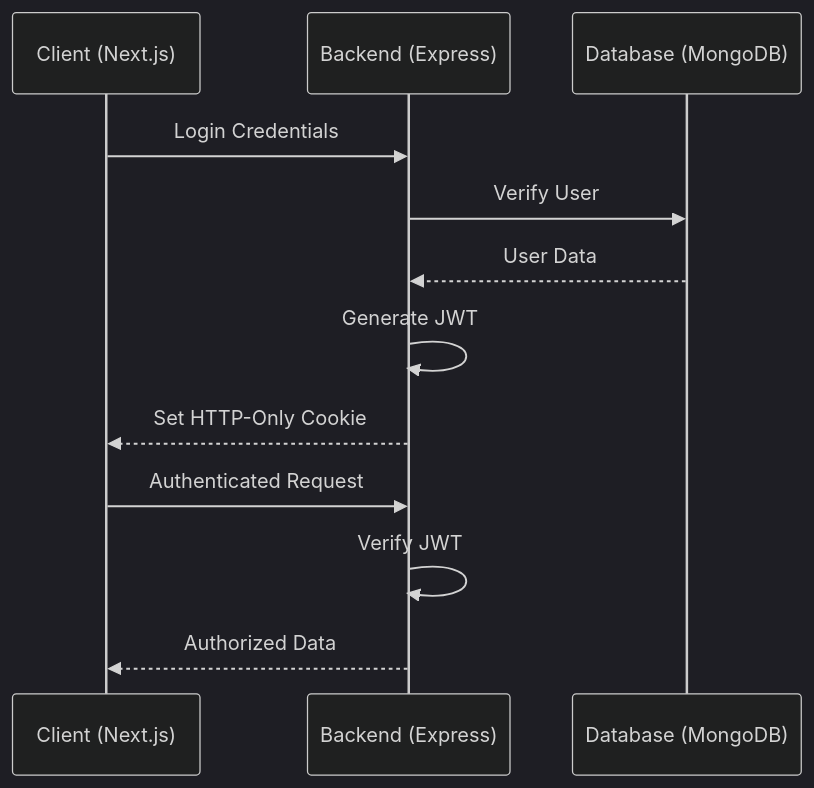
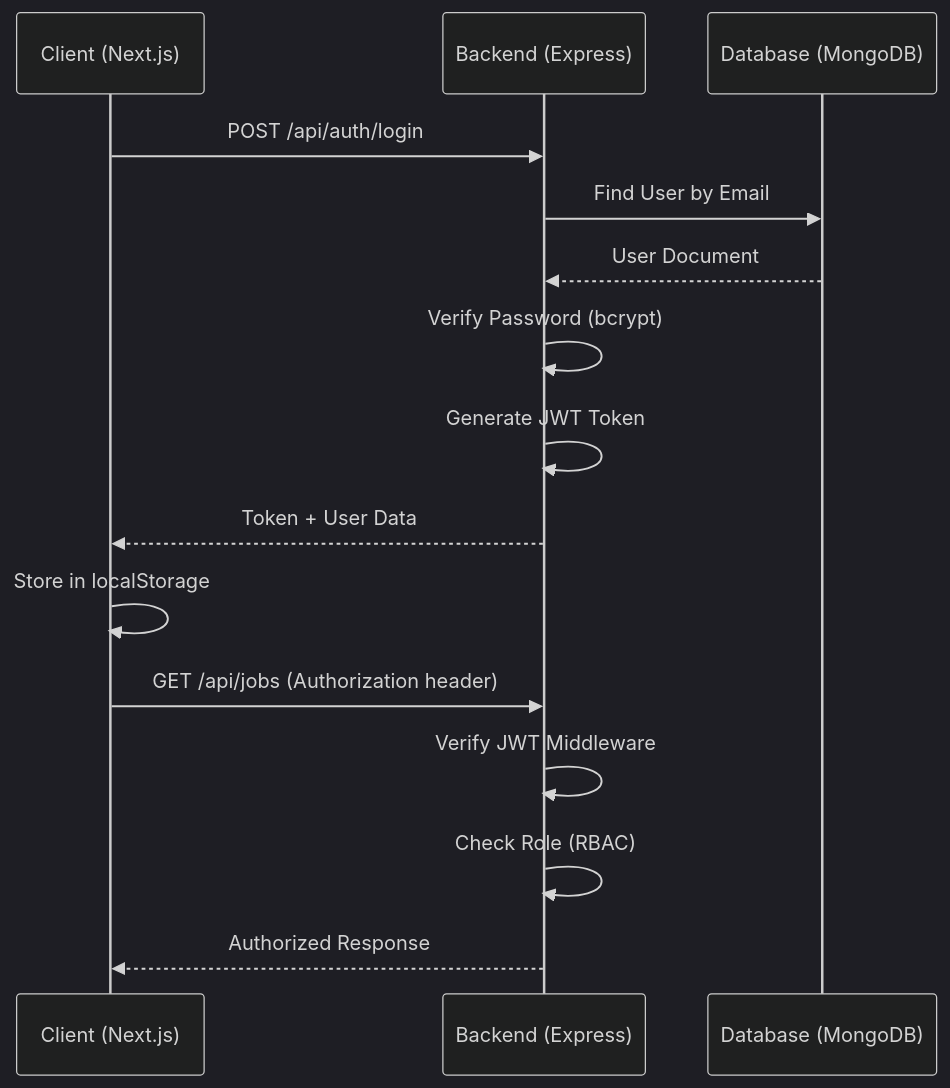
Before and after one commit to soumik2441139/hackathon: the third of 5 diagrams in README.md, drawn with Mermaid (dark theme). The commit also changed other lines of this file and 25 other files, not shown here.

Commit message:
chore: project cleanup — remove 14 junk files, organize logs, comprehensive READMEs with mermaid diagrams

````diff
--- a/README.md
+++ b/README.md
@@ -52,15 +107,18 @@
 ```mermaid
 sequenceDiagram
     participant C as Client (Next.js)
     participant B as Backend (Express)
     participant D as Database (MongoDB)
     
-    C->>B: Login Credentials
-    B->>D: Verify User
-    D-->>B: User Data
-    B->>B: Generate JWT
-    B-->>C: Set HTTP-Only Cookie
-    C->>B: Authenticated Request
-    B->>B: Verify JWT
-    B-->>C: Authorized Data
+    C->>B: POST /api/auth/login
+    B->>D: Find User by Email
+    D-->>B: User Document
+    B->>B: Verify Password (bcrypt)
+    B->>B: Generate JWT Token
+    B-->>C: Token + User Data
+    C->>C: Store in localStorage
+    C->>B: GET /api/jobs (Authorization header)
+    B->>B: Verify JWT Middleware
+    B->>B: Check Role (RBAC)
+    B-->>C: Authorized Response
 ```
````
